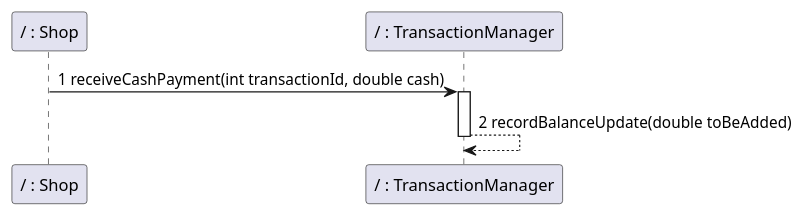
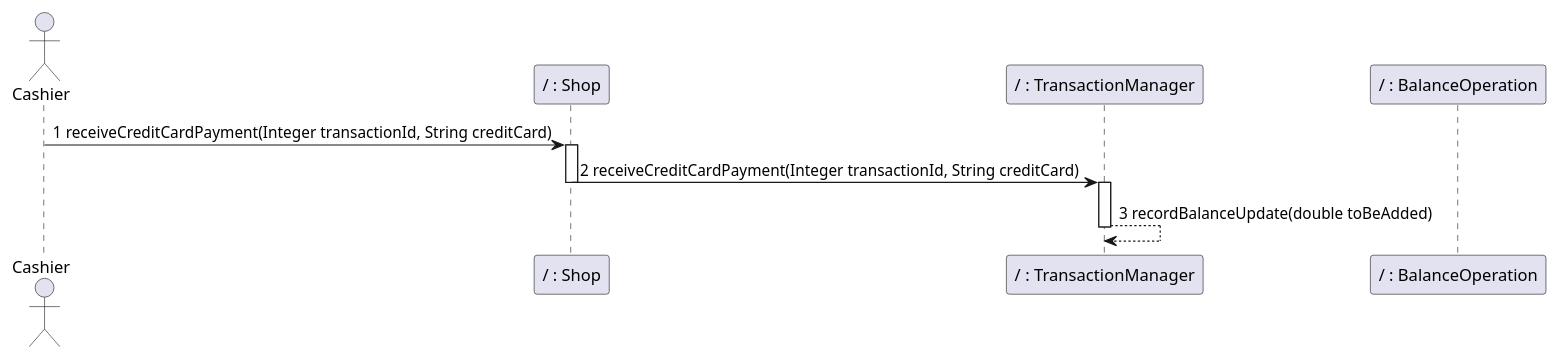
Before and after one commit to nicolabattaglino/ezshop: diagram 27 of 32 in Deliverables/DesignDocument.md, drawn with PlantUML. The commit also changed other lines of this file, not shown here.

Commit message:
added cashier

````diff
--- a/Deliverables/DesignDocument.md
+++ b/Deliverables/DesignDocument.md
@@ -1324,10 +1337,15 @@
 ```plantuml
 @startuml
+actor Cashier
 participant "/ : Shop" as Shop
 participant "/ : TransactionManager" as TransactionManager
-Shop -> TransactionManager:1 receiveCashPayment(int transactionId, double cash)
+participant "/ : BalanceOperation" as BalanceOperation
+Cashier -> Shop:1 receiveCreditCardPayment(Integer transactionId, String creditCard)
+activate Shop
+Shop -> TransactionManager:2 receiveCreditCardPayment(Integer transactionId, String creditCard)
+deactivate Shop
 activate TransactionManager
-TransactionManager --> TransactionManager:2 recordBalanceUpdate(double toBeAdded)
+TransactionManager --> TransactionManager:3 recordBalanceUpdate(double toBeAdded)
 deactivate TransactionManager
 @enduml
 ```
````
